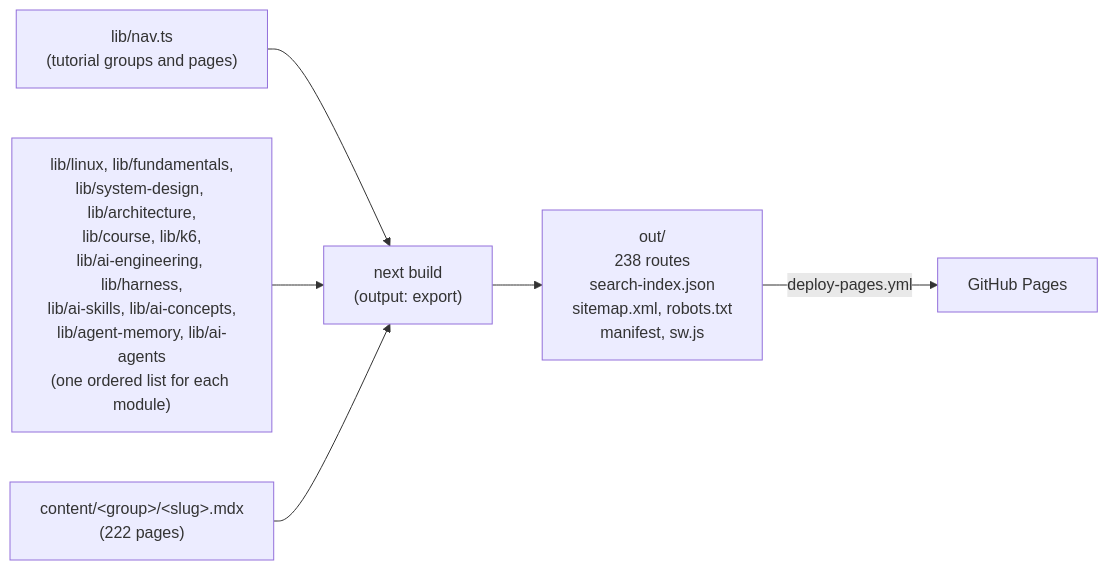
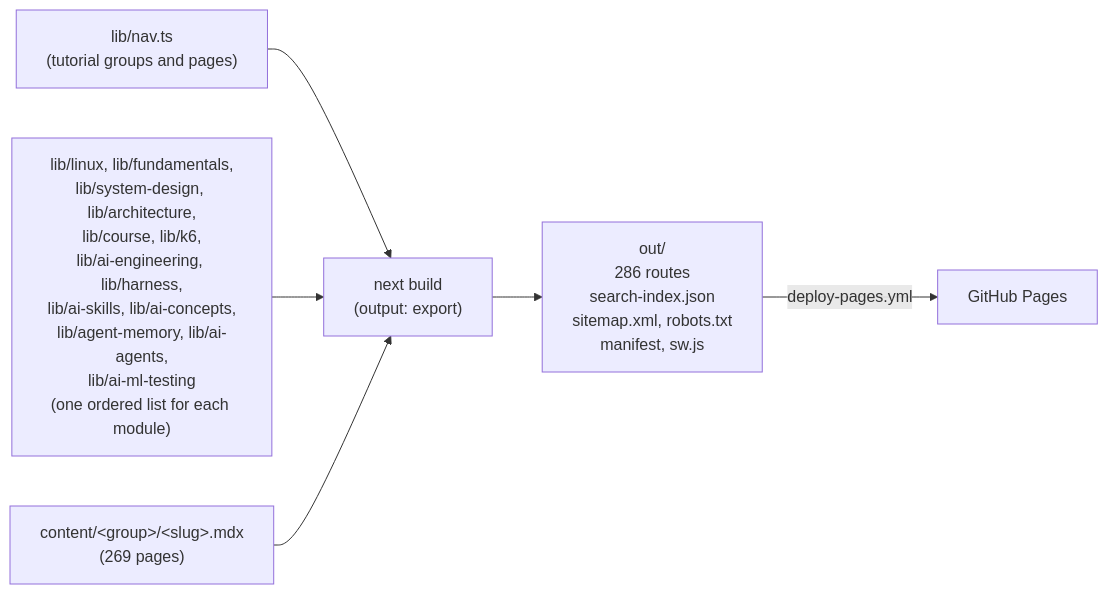
One commit to kawsar-95/ai-testing-guide changed the diagram in docs/ARCHITECTURE.md. Above: the diagram before and after it, drawn with Mermaid. The commit also changed other lines of this file and 139 other files, not shown here.

````diff
--- a/docs/ARCHITECTURE.md
+++ b/docs/ARCHITECTURE.md
@@ -9,15 +9,15 @@
 ```mermaid
 flowchart LR
   nav["lib/nav.ts<br/>(tutorial groups and pages)"]
-  mods["lib/linux, lib/fundamentals,<br/>lib/system-design, lib/architecture,<br/>lib/course, lib/k6,<br/>lib/ai-engineering, lib/harness,<br/>lib/ai-skills, lib/ai-concepts,<br/>lib/agent-memory, lib/ai-agents<br/>(one ordered list for each module)"]
-  mdx["content/&lt;group&gt;/&lt;slug&gt;.mdx<br/>(222 pages)"]
+  mods["lib/linux, lib/fundamentals,<br/>lib/system-design, lib/architecture,<br/>lib/course, lib/k6,<br/>lib/ai-engineering, lib/harness,<br/>lib/ai-skills, lib/ai-concepts,<br/>lib/agent-memory, lib/ai-agents,<br/>lib/ai-ml-testing<br/>(one ordered list for each module)"]
+  mdx["content/&lt;group&gt;/&lt;slug&gt;.mdx<br/>(269 pages)"]
   build["next build<br/>(output: export)"]
-  out["out/<br/>238 routes<br/>search-index.json<br/>sitemap.xml, robots.txt<br/>manifest, sw.js"]
+  out["out/<br/>286 routes<br/>search-index.json<br/>sitemap.xml, robots.txt<br/>manifest, sw.js"]
   pages["GitHub Pages"]
 
   nav --> build
   mods --> build
   mdx --> build
   build --> out
   out -->|deploy-pages.yml| pages
 ```
````
